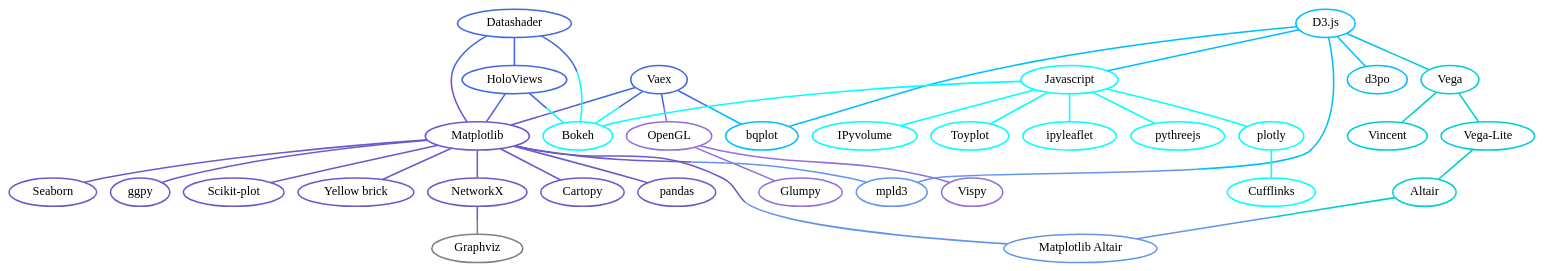
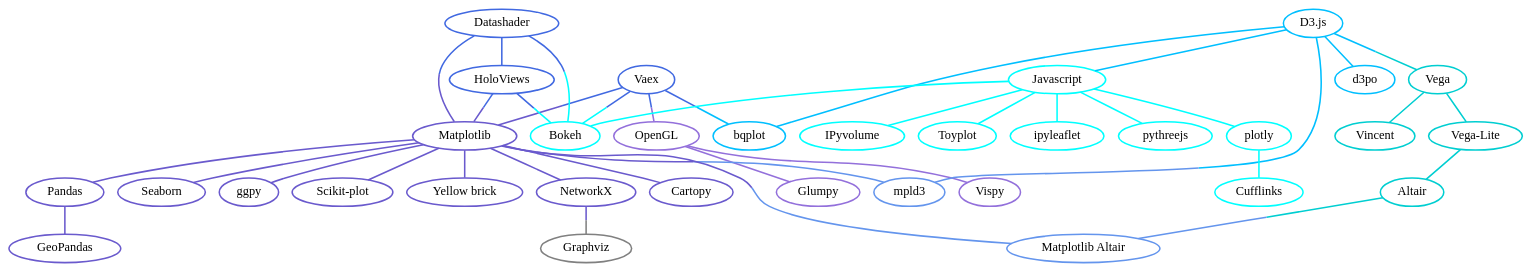
Before and after one commit to veit/jupyter-tutorial: the diagram in docs/viz/index.rst, drawn with Graphviz. The commit also changed other lines of this file and 1 other file, not shown here.

Commit message:
Add geopandas to visualisation docs

```diff
--- a/docs/viz/index.rst
+++ b/docs/viz/index.rst
@@ -46,11 +46,17 @@
             target="_top",
             href="https://mpld3.github.io/"]
         pandas [
-            label="pandas",
+            label="Pandas",
             tooltip="Pandas Datenstrukturen mit\nMatplotlib visualisieren",
             color="slateblue",
             target="_top",
             href="../viz/pandas.html"]
+        geopandas [
+            label="GeoPandas",
+            tooltip="geopandas erweitert Pandas um geometrische Datentypen",
+            color="slateblue",
+            target="_top",
+            href="../viz/geopandas.html"]
         seaborn [
             label="Seaborn",
             tooltip="High-level-Datenvisualisierung\nbasierend auf Matplotlib",
@@ -94,6 +100,7 @@
             target="_top",
             href="../viz/cartopy.html"]
         mpl -- pandas [color="slateblue"]
+        pandas  -- geopandas [color="slateblue"]
         mpl -- seaborn [color="slateblue"]
         mpl -- ggpy [color="slateblue"]
         mpl -- scikit_plot [color="slateblue"]
```
